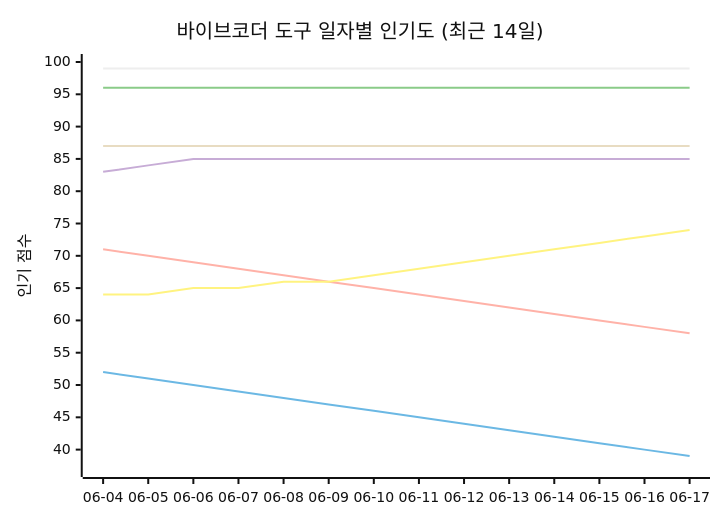
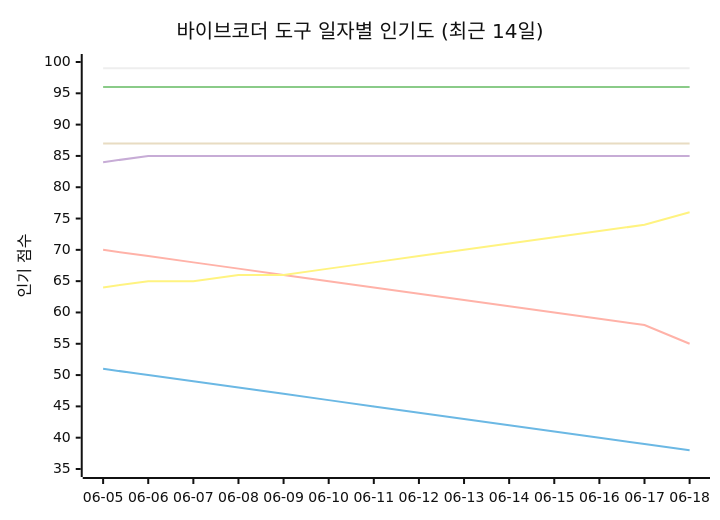
One commit to tykimos/ai-whatchelin changed the seventh of 11 diagrams in README_ko.md. Above: the diagram before and after it, drawn with Mermaid (neutral theme). The commit also changed other lines of this file and 4 other files, not shown here.

````diff
--- a/README_ko.md
+++ b/README_ko.md
@@ -1598,13 +1604,13 @@
 ```mermaid
 xychart-beta
     title "바이브코더 도구 일자별 인기도 (최근 14일)"
-    x-axis ["06-04", "06-05", "06-06", "06-07", "06-08", "06-09", "06-10", "06-11", "06-12", "06-13", "06-14", "06-15", "06-16", "06-17"]
-    y-axis "인기 점수" 37 --> 100
+    x-axis ["06-05", "06-06", "06-07", "06-08", "06-09", "06-10", "06-11", "06-12", "06-13", "06-14", "06-15", "06-16", "06-17", "06-18"]
+    y-axis "인기 점수" 35 --> 100
     line "Claude Code" [99, 99, 99, 99, 99, 99, 99, 99, 99, 99, 99, 99, 99, 99]
-    line "GH Copilot" [52, 51, 50, 49, 48, 47, 46, 45, 44, 43, 42, 41, 40, 39]
+    line "GH Copilot" [51, 50, 49, 48, 47, 46, 45, 44, 43, 42, 41, 40, 39, 38]
     line "Cursor" [96, 96, 96, 96, 96, 96, 96, 96, 96, 96, 96, 96, 96, 96]
-    line "Windsurf" [83, 84, 85, 85, 85, 85, 85, 85, 85, 85, 85, 85, 85, 85]
+    line "Windsurf" [84, 85, 85, 85, 85, 85, 85, 85, 85, 85, 85, 85, 85, 85]
     line "Codex CLI" [87, 87, 87, 87, 87, 87, 87, 87, 87, 87, 87, 87, 87, 87]
-    line "Gemini CLI" [71, 70, 69, 68, 67, 66, 65, 64, 63, 62, 61, 60, 59, 58]
-    line "Antigravity" [64, 64, 65, 65, 66, 66, 67, 68, 69, 70, 71, 72, 73, 74]
+    line "Gemini CLI" [70, 69, 68, 67, 66, 65, 64, 63, 62, 61, 60, 59, 58, 55]
+    line "Antigravity" [64, 65, 65, 66, 66, 67, 68, 69, 70, 71, 72, 73, 74, 76]
 ```
````
